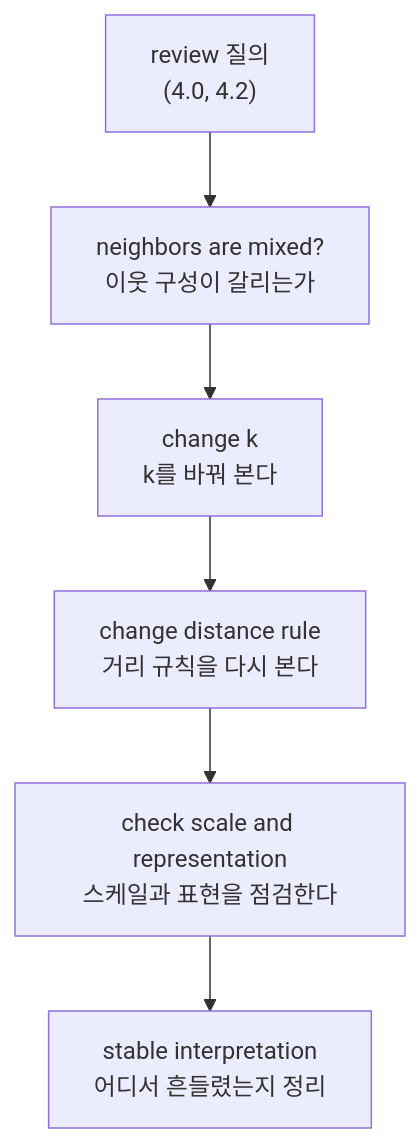
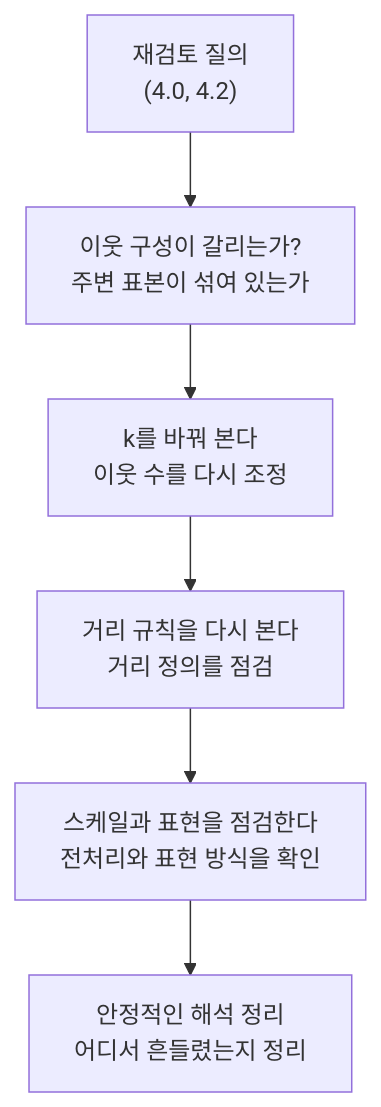
Before and after one commit to devchan64/AiBook: the diagram in docs/assets/part-04/chapter-12/p4-12-3-mermaid-01-ko.mmd, drawn with Mermaid. The commit also changed 8 other files, not shown here.

Commit message:
Finish Part 4 Korean diagram localization

```diff
--- a/docs/assets/part-04/chapter-12/p4-12-3-mermaid-01-ko.mmd
+++ b/docs/assets/part-04/chapter-12/p4-12-3-mermaid-01-ko.mmd
@@ -1,13 +1,13 @@
 flowchart TD
-  A["review 질의<br/>(4.0, 4.2)"]
-  B["neighbors are mixed?<br/>이웃 구성이 갈리는가"]
-  C["change k<br/>k를 바꿔 본다"]
-  D["change distance rule<br/>거리 규칙을 다시 본다"]
-  E["check scale and representation<br/>스케일과 표현을 점검한다"]
-  F["stable interpretation<br/>어디서 흔들렸는지 정리"]
+  A["재검토 질의<br/>(4.0, 4.2)"]
+  B["이웃 구성이 갈리는가?<br/>주변 표본이 섞여 있는가"]
+  C["k를 바꿔 본다<br/>이웃 수를 다시 조정"]
+  D["거리 규칙을 다시 본다<br/>거리 정의를 점검"]
+  E["스케일과 표현을 점검한다<br/>전처리와 표현 방식을 확인"]
+  F["안정적인 해석 정리<br/>어디서 흔들렸는지 정리"]
 
   A --> B
   B --> C
   C --> D
   D --> E
   E --> F
```
